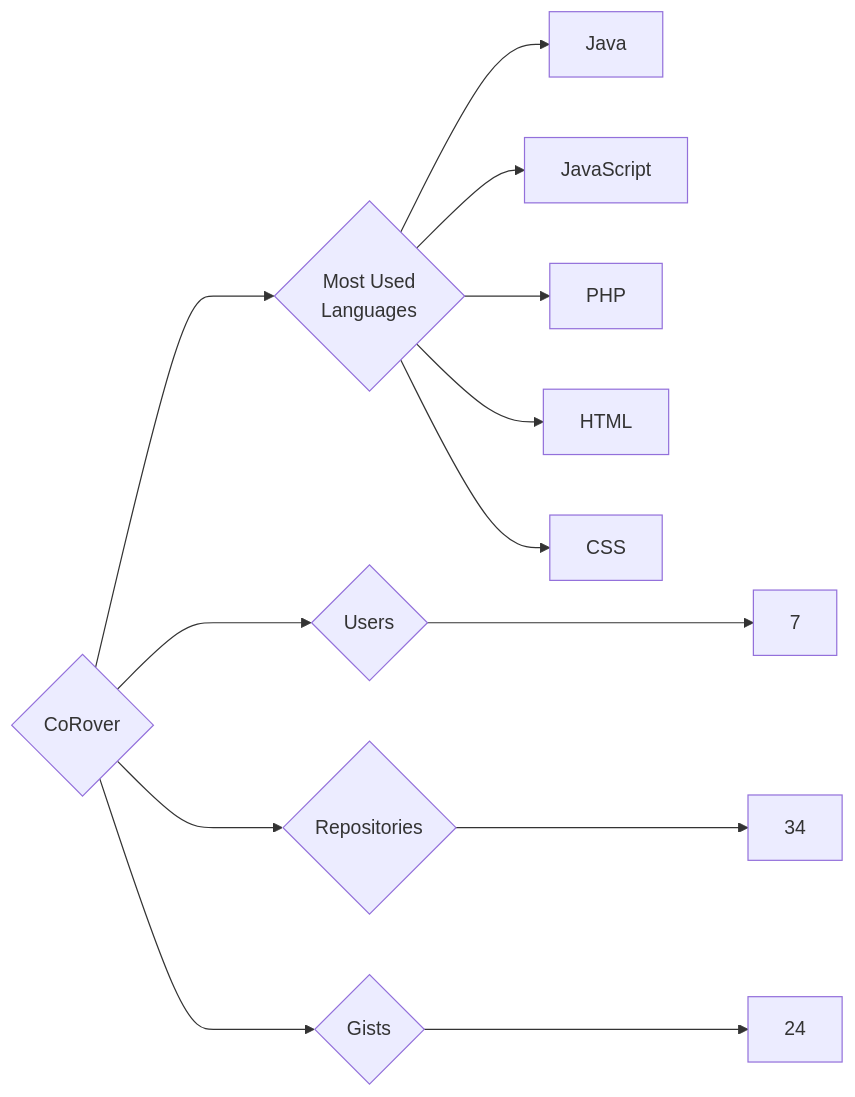
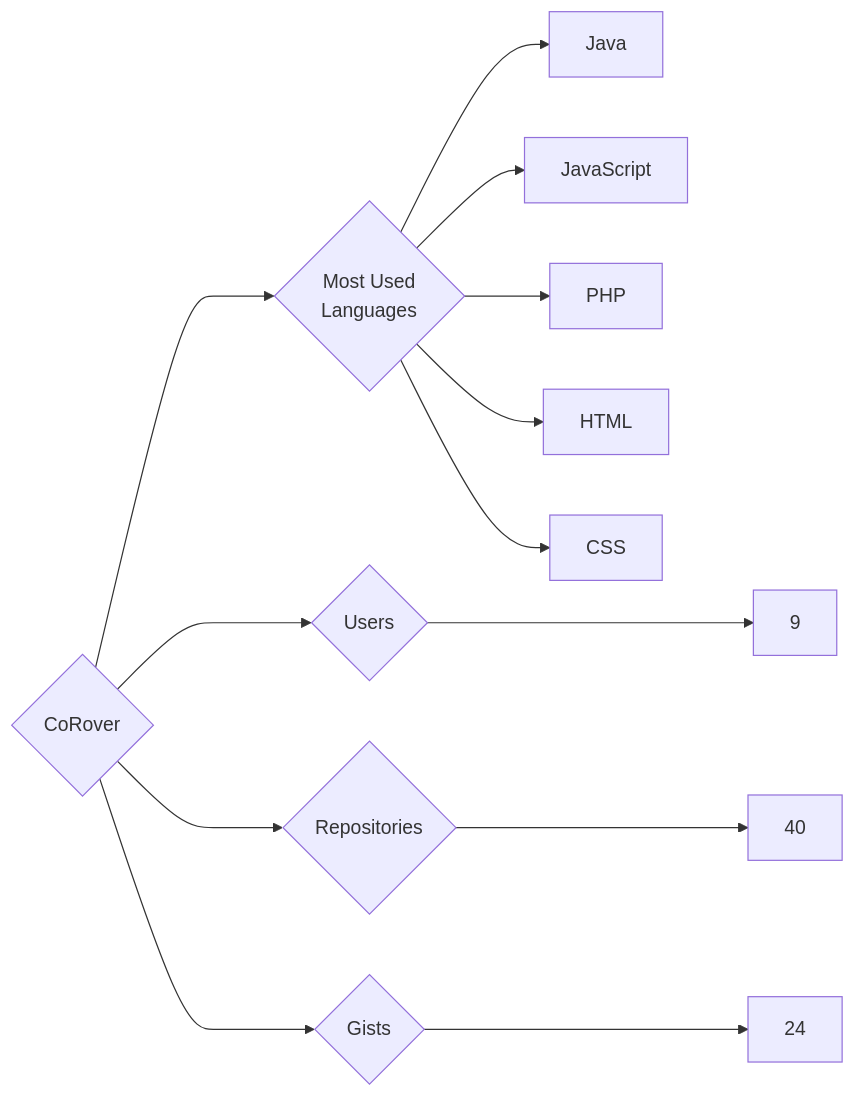
The diagram in targets/CoRover/README.md (trickest/insiders), drawn with Mermaid before and after one commit. The commit also changed 988 other files, not shown here.

````diff
--- a/targets/CoRover/README.md
+++ b/targets/CoRover/README.md
@@ -3,13 +3,13 @@
 ```mermaid
 graph LR
 COMPANY_NAME{CoRover}
-COMPANY_NAME ---> U{Users} ---> UN[7]
-COMPANY_NAME ---> R{Repositories} ---> RN[34]
+COMPANY_NAME ---> U{Users} ---> UN[9]
+COMPANY_NAME ---> R{Repositories} ---> RN[40]
 COMPANY_NAME ---> G{Gists} ---> GN[24]
 COMPANY_NAME ---> ML{Most Used<br>Languages}
 ML --> Java[Java]
 ML --> JavaScript[JavaScript]
 ML --> PHP[PHP]
 ML --> HTML[HTML]
 ML --> CSS[CSS]
 ```
````
